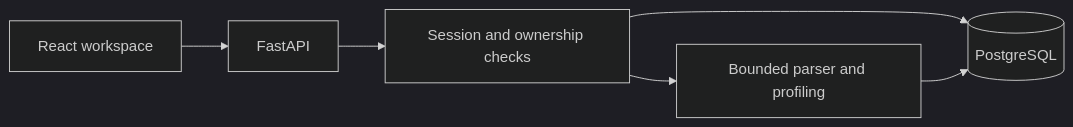
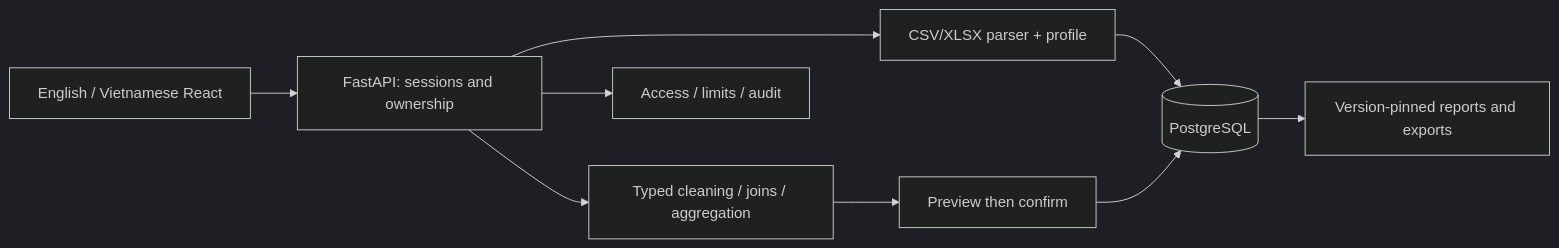
Before and after one commit to khanhnguyenpham/dataflow-studio: the diagram in docs/ARCHITECTURE.md, drawn with Mermaid (dark theme). The commit also changed other lines of this file and 51 other files, not shown here.

````diff
--- a/docs/ARCHITECTURE.md
+++ b/docs/ARCHITECTURE.md
@@ -5,8 +5,11 @@
 ```mermaid
 flowchart LR
-  Browser[React workspace] --> API[FastAPI]
-  API --> Auth[Session and ownership checks]
-  Auth --> Import[Bounded parser and profiling]
-  Auth --> PG[(PostgreSQL)]
-  Import --> PG
+  UI[English / Vietnamese React] --> API[FastAPI: sessions and ownership]
+  API --> Import[CSV/XLSX parser + profile]
+  API --> Recipe[Typed cleaning / joins / aggregation]
+  API --> Admin[Access / limits / audit]
+  Import --> PG[(PostgreSQL)]
+  Recipe --> Preview[Preview then confirm]
+  Preview --> PG
+  PG --> Reports[Version-pinned reports and exports]
 ```
````
